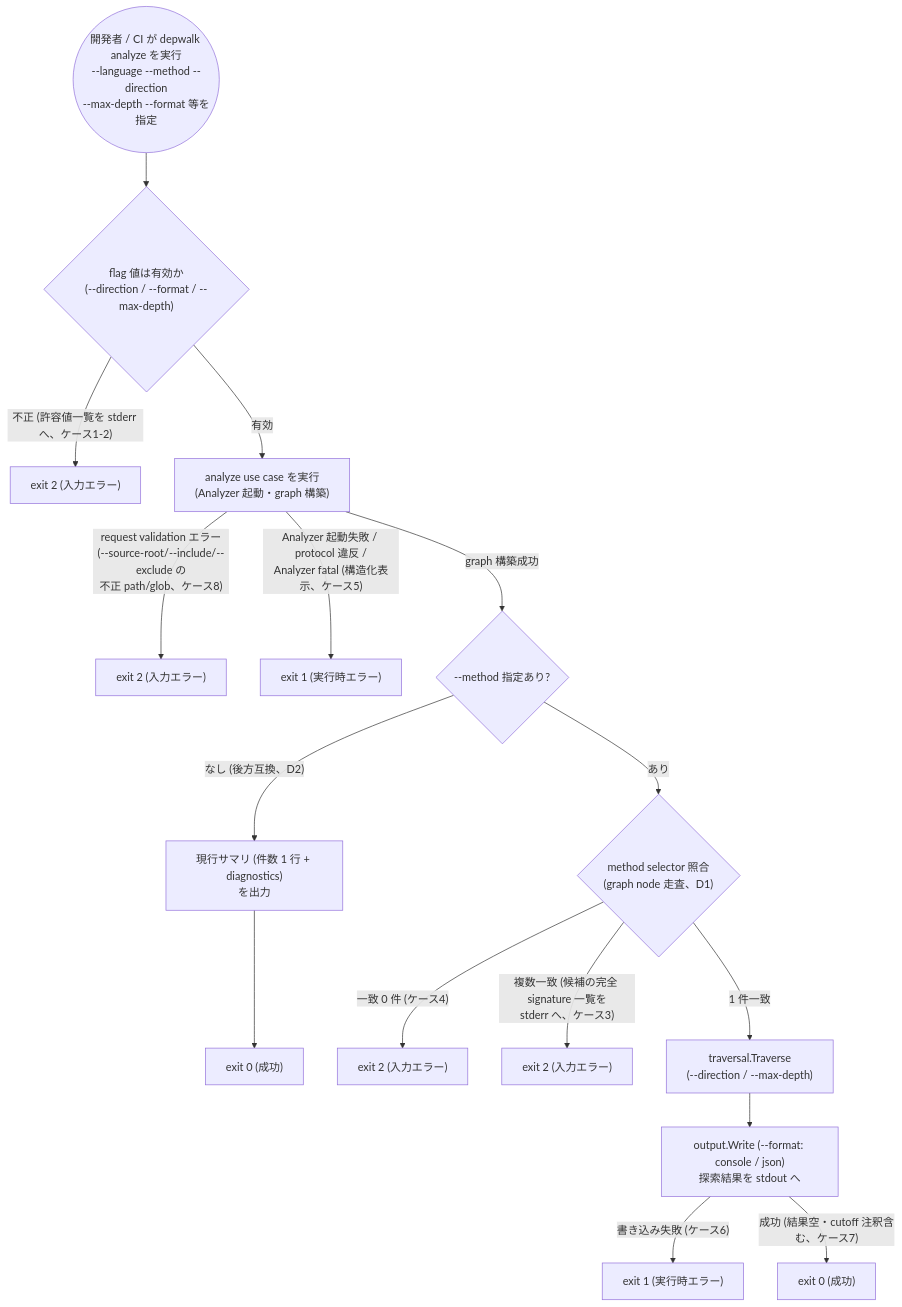
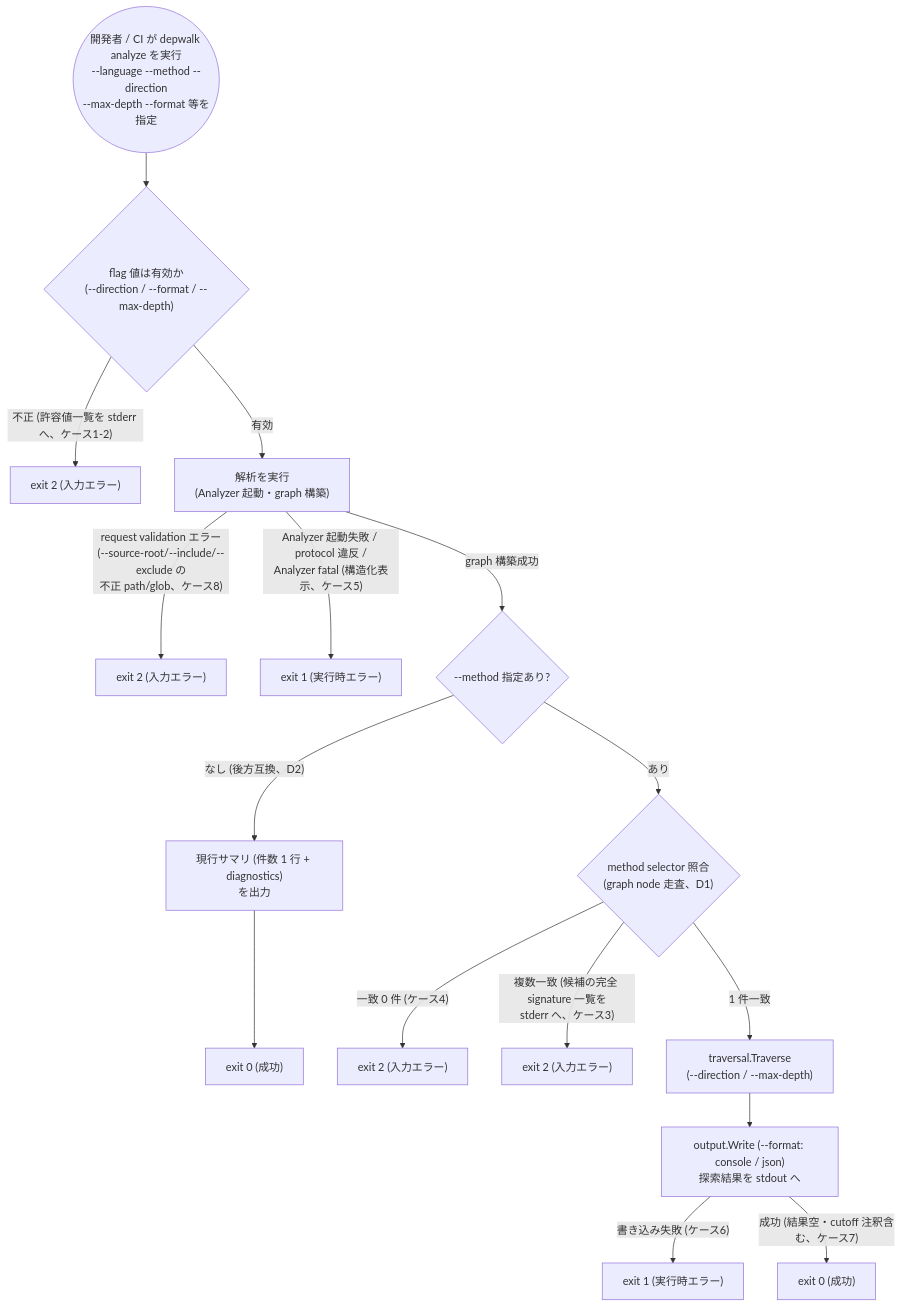
One commit to Fukuemon/depwalk changed the first of 2 diagrams in specs/22-cli-interface/index.md. Above: the diagram before and after it, drawn with Mermaid. The commit also changed other lines of this file and 1 other file, not shown here.

First line of the commit message:
docs(spec): diagram レビュー指摘対応 — orchestration を use case 側へ修正 #22

````diff
--- a/specs/22-cli-interface/index.md
+++ b/specs/22-cli-interface/index.md
@@ -322,17 +322,17 @@
 ```mermaid
 flowchart TD
     Start(("開発者 / CI が depwalk analyze を実行<br/>--language --method --direction<br/>--max-depth --format 等を指定")) --> FlagCheck{"flag 値は有効か<br/>(--direction / --format / --max-depth)"}
     FlagCheck -->|"不正 (許容値一覧を stderr へ、ケース1-2)"| Exit2a["exit 2 (入力エラー)"]
-    FlagCheck -->|"有効"| RunUC["analyze use case を実行<br/>(Analyzer 起動・graph 構築)"]
+    FlagCheck -->|"有効"| RunUC["解析を実行<br/>(Analyzer 起動・graph 構築)"]
     RunUC -->|"request validation エラー<br/>(--source-root/--include/--exclude の<br/>不正 path/glob、ケース8)"| Exit2b["exit 2 (入力エラー)"]
     RunUC -->|"Analyzer 起動失敗 / protocol 違反 /<br/>Analyzer fatal (構造化表示、ケース5)"| Exit1a["exit 1 (実行時エラー)"]
     RunUC -->|"graph 構築成功"| HasMethod{"--method 指定あり?"}
     HasMethod -->|"なし (後方互換、D2)"| Summary["現行サマリ (件数 1 行 + diagnostics)<br/>を出力"] --> Exit0a["exit 0 (成功)"]
     HasMethod -->|"あり"| Match{"method selector 照合<br/>(graph node 走査、D1)"}
     Match -->|"一致 0 件 (ケース4)"| Exit2c["exit 2 (入力エラー)"]
     Match -->|"複数一致 (候補の完全 signature 一覧を<br/>stderr へ、ケース3)"| Exit2d["exit 2 (入力エラー)"]
     Match -->|"1 件一致"| Trav["traversal.Traverse<br/>(--direction / --max-depth)"]
     Trav --> Out["output.Write (--format: console / json)<br/>探索結果を stdout へ"]
     Out -->|"書き込み失敗 (ケース6)"| Exit1b["exit 1 (実行時エラー)"]
     Out -->|"成功 (結果空・cutoff 注釈含む、ケース7)"| Exit0b["exit 0 (成功)"]
 ```
````
